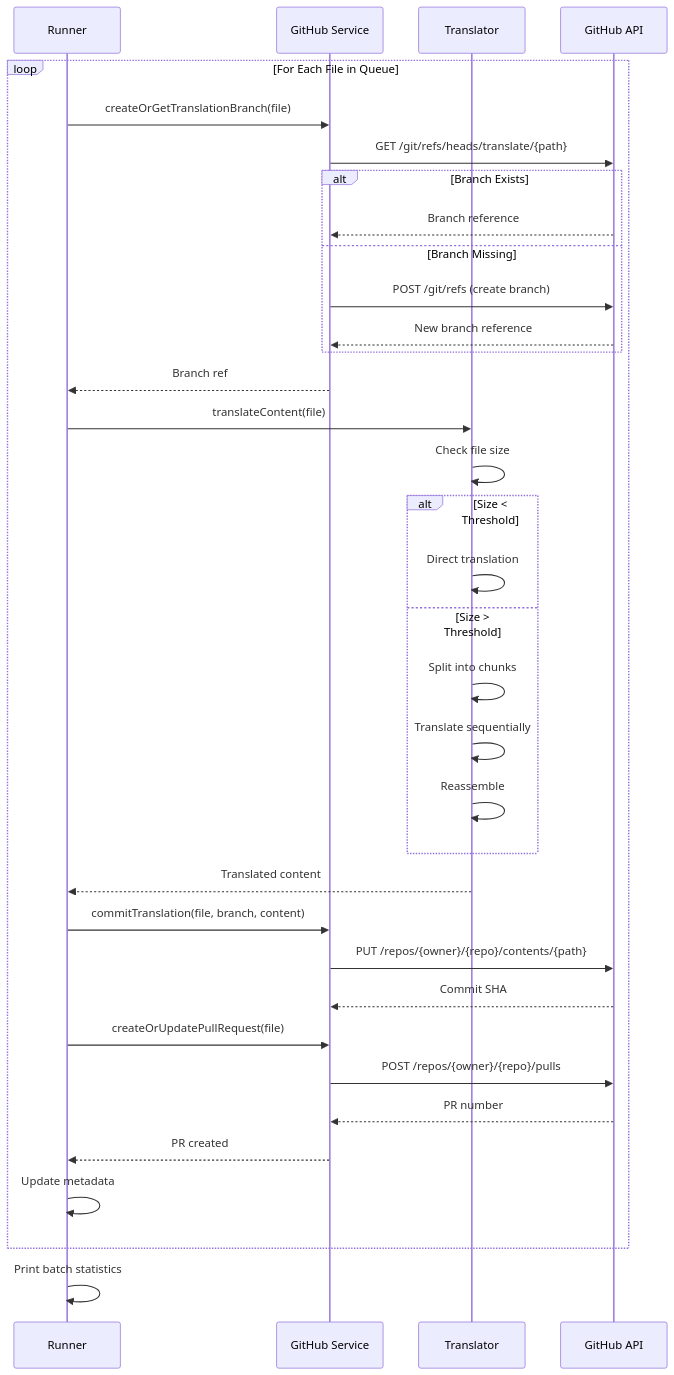
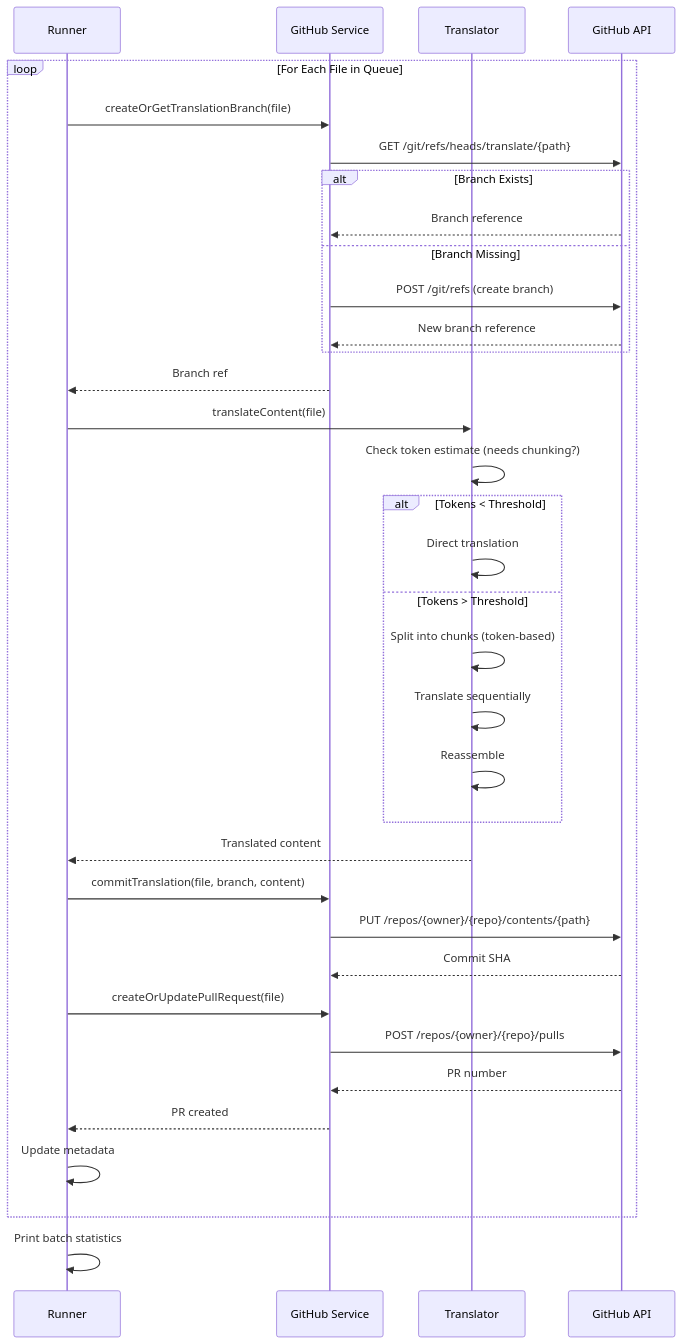
One commit to NivaldoFarias/translate-react changed the sixth of 11 diagrams in docs/WORKFLOW.md. Above: the diagram before and after it, drawn with Mermaid. The commit also changed other lines of this file and 28 other files, not shown here.

````diff
--- a/docs/WORKFLOW.md
+++ b/docs/WORKFLOW.md
@@ -285,48 +257,48 @@
 ```mermaid
 sequenceDiagram
     participant R as Runner
     participant G as GitHub Service
     participant T as Translator
     participant API as GitHub API
 
     loop For Each File in Queue
         R->>G: createOrGetTranslationBranch(file)
         G->>API: GET /git/refs/heads/translate/{path}
 
         alt Branch Exists
             API-->>G: Branch reference
         else Branch Missing
             G->>API: POST /git/refs (create branch)
             API-->>G: New branch reference
         end
 
         G-->>R: Branch ref
 
         R->>T: translateContent(file)
-        T->>T: Check file size
+        T->>T: Check token estimate (needs chunking?)
 
-        alt Size < Threshold
+        alt Tokens < Threshold
             T->>T: Direct translation
-        else Size > Threshold
-            T->>T: Split into chunks
+        else Tokens > Threshold
+            T->>T: Split into chunks (token-based)
             T->>T: Translate sequentially
             T->>T: Reassemble
         end
 
         T-->>R: Translated content
 
         R->>G: commitTranslation(file, branch, content)
         G->>API: PUT /repos/{owner}/{repo}/contents/{path}
         API-->>G: Commit SHA
 
         R->>G: createOrUpdatePullRequest(file)
         G->>API: POST /repos/{owner}/{repo}/pulls
         API-->>G: PR number
 
         G-->>R: PR created
 
         R->>R: Update metadata
     end
 
     R->>R: Print batch statistics
 ```
````
